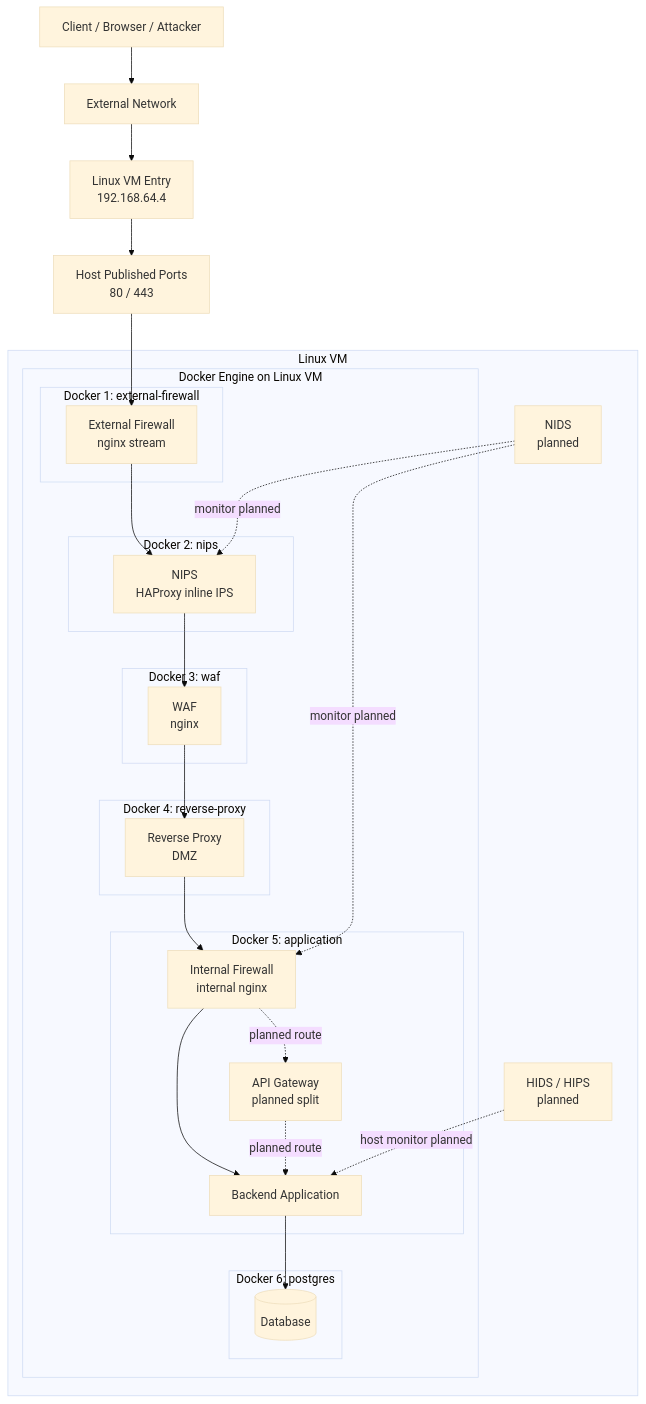
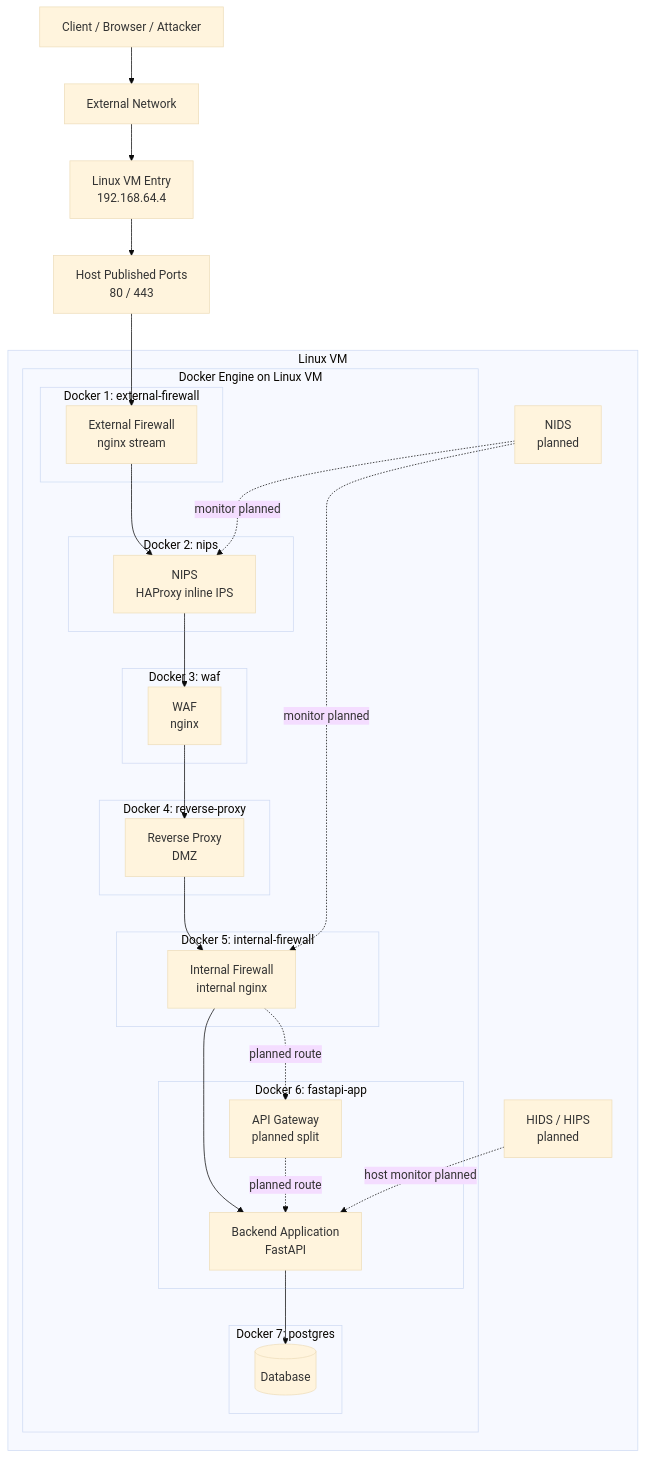
The diagram in CURRENT_ARCHITECTURE.md (Buchi-dev-dzn/WebProgramming-ActiveLearner), drawn with Mermaid (base theme) before and after one commit. The commit also changed other lines of this file and 39 other files, not shown here.

````diff
--- a/CURRENT_ARCHITECTURE.md
+++ b/CURRENT_ARCHITECTURE.md
@@ -7,52 +7,55 @@
 ```mermaid
 graph TD
   Client[Client / Browser / Attacker]
   Internet[External Network]
   VMIP[Linux VM Entry<br/>192.168.64.4]
   HostPorts[Host Published Ports<br/>80 / 443]
 
   Client --> Internet --> VMIP --> HostPorts
 
   subgraph LinuxVM[Linux VM]
     subgraph DockerHost[Docker Engine on Linux VM]
       subgraph Docker1[Docker 1: external-firewall]
         FW1[External Firewall<br/>nginx stream]
       end
 
       subgraph Docker2[Docker 2: nips]
         NIPS[NIPS<br/>HAProxy inline IPS]
       end
 
       subgraph Docker3[Docker 3: waf]
         WAF[WAF<br/>nginx]
       end
 
       subgraph Docker4[Docker 4: reverse-proxy]
         RP[Reverse Proxy<br/>DMZ]
       end
 
-      subgraph Docker5[Docker 5: application]
+      subgraph Docker5[Docker 5: internal-firewall]
         FW2[Internal Firewall<br/>internal nginx]
-        APIGW[API Gateway<br/>planned split]
-        Back[Backend Application]
       end
 
-      subgraph Docker6[Docker 6: postgres]
+      subgraph Docker6[Docker 6: fastapi-app]
+        APIGW[API Gateway<br/>planned split]
+        Back[Backend Application<br/>FastAPI]
+      end
+
+      subgraph Docker7[Docker 7: postgres]
         DB[(Database)]
       end
     end
 
     NIDS[NIDS<br/>planned]
     HIDS[HIDS / HIPS<br/>planned]
   end
 
   HostPorts --> FW1 --> NIPS --> WAF --> RP --> FW2
   FW2 --> Back
   FW2 -.planned route.-> APIGW
   APIGW -.planned route.-> Back
   Back --> DB
 
   NIDS -.monitor planned.-> NIPS
   NIDS -.monitor planned.-> FW2
   HIDS -.host monitor planned.-> Back
 ```
````
